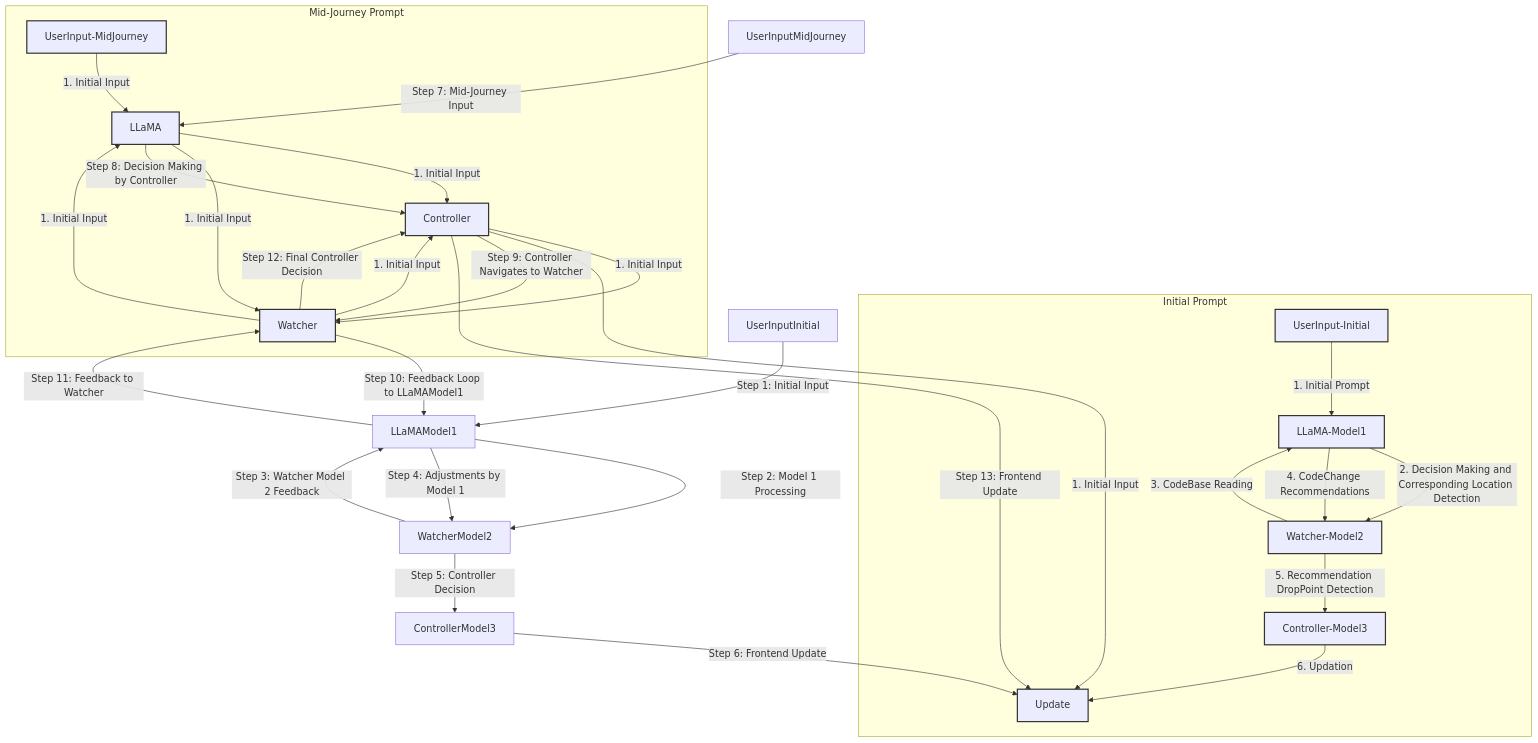
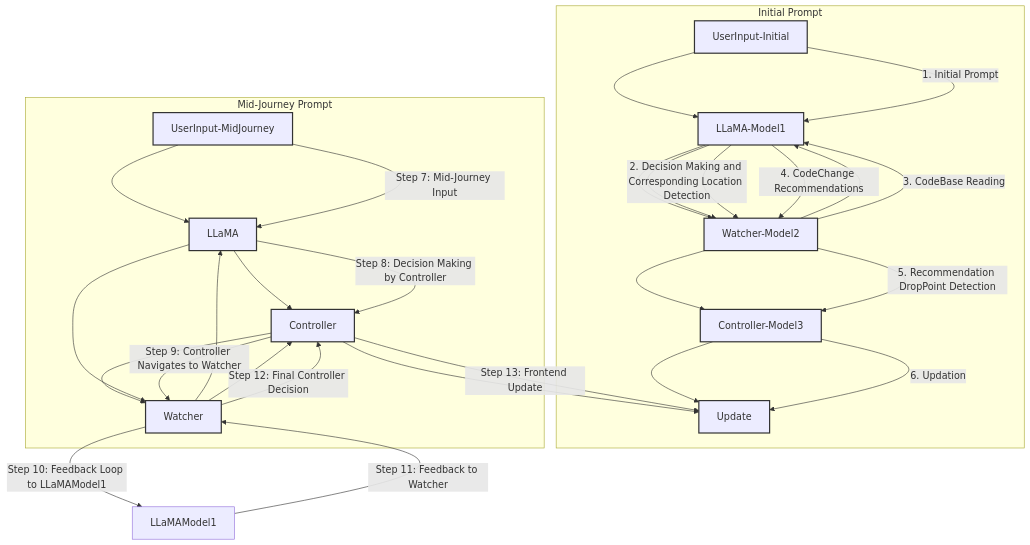
One commit to gitYourbits/LUCI changed the diagram in README.md. Above: the diagram before and after it, drawn with Mermaid.

````diff
--- a/README.md
+++ b/README.md
@@ -67,52 +67,52 @@
 ```mermaid
 graph TD
     subgraph Scenario1 [Initial Prompt]
-        UserInput-Initial -->|1. Initial Prompt| LLaMA-Model1
-        LLaMA-Model1 -->|2. Decision Making and Corresponding Location Detection| Watcher-Model2
-        Watcher-Model2 -->|3. CodeBase Reading | LLaMA-Model1
-        LLaMA-Model1 -->|4. CodeChange Recommendations| Watcher-Model2
-        Watcher-Model2 -->|5. Recommendation DropPoint Detection| Controller-Model3
-        Controller-Model3 -->|6. Updation| Update
+        UserInput-Initial --> LLaMA-Model1
+        LLaMA-Model1 --> Watcher-Model2
+        Watcher-Model2 --> LLaMA-Model1
+        LLaMA-Model1 --> Watcher-Model2
+        Watcher-Model2 --> Controller-Model3
+        Controller-Model3 --> Update
     end
 
     subgraph Scenario2 [Mid-Journey Prompt]
-        UserInput-MidJourney -->|1. Initial Input| LLaMA
-        LLaMA -->|1. Initial Input| Controller
-        Controller -->|1. Initial Input| Watcher
-        Watcher -->|1. Initial Input| LLaMA
-        LLaMA -->|1. Initial Input| Watcher
-        Watcher -->|1. Initial Input| Controller
-        Controller -->|1. Initial Input| Update
+        UserInput-MidJourney --> LLaMA
+        LLaMA --> Controller
+        Controller --> Watcher
+        Watcher --> LLaMA
+        LLaMA --> Watcher
+        Watcher --> Controller
+        Controller --> Update
     end
 
     %% Adding descriptions to the arrows
-    UserInputInitial -->|Step 1: Initial Input| LLaMAModel1
-    LLaMAModel1 -->|Step 2: Model 1 Processing| WatcherModel2
-    WatcherModel2 -->|Step 3: Watcher Model 2 Feedback| LLaMAModel1
-    LLaMAModel1 -->|Step 4: Adjustments by Model 1| WatcherModel2
-    WatcherModel2 -->|Step 5: Controller Decision| ControllerModel3
-    ControllerModel3 -->|Step 6: Frontend Update| Update
+    UserInput-Initial -->|1. Initial Prompt| LLaMA-Model1
+    LLaMA-Model1 -->|2. Decision Making and Corresponding Location Detection| Watcher-Model2
+    Watcher-Model2 -->|3. CodeBase Reading | LLaMA-Model1
+    LLaMA-Model1 -->|4. CodeChange Recommendations| Watcher-Model2
+    Watcher-Model2 -->|5. Recommendation DropPoint Detection| Controller-Model3
+    Controller-Model3 -->|6. Updation| Update
 
-    UserInputMidJourney -->|Step 7: Mid-Journey Input| LLaMA
+    UserInput-MidJourney -->|Step 7: Mid-Journey Input| LLaMA
     LLaMA -->|Step 8: Decision Making by Controller| Controller
     Controller -->|Step 9: Controller Navigates to Watcher| Watcher
     Watcher -->|Step 10: Feedback Loop to LLaMAModel1| LLaMAModel1
     LLaMAModel1 -->|Step 11: Feedback to Watcher| Watcher
     Watcher -->|Step 12: Final Controller Decision| Controller
     Controller -->|Step 13: Frontend Update| Update
 
     classDef startStyle stroke:#333,stroke-width:2px;
     class UserInput-Initial,UserInput-MidJourney startStyle;
 
     classDef llamaStyle stroke:#333,stroke-width:2px;
     class LLaMA-Model1,LLaMA llamaStyle;
 
     classDef watcherStyle stroke:#333,stroke-width:2px;
     class Watcher-Model2,Watcher watcherStyle;
 
     classDef controllerStyle stroke:#333,stroke-width:2px;
     class Controller-Model3,Controller controllerStyle;
 
     classDef endStyle stroke:#333,stroke-width:2px;
     class Update endStyle;
 ```
````
